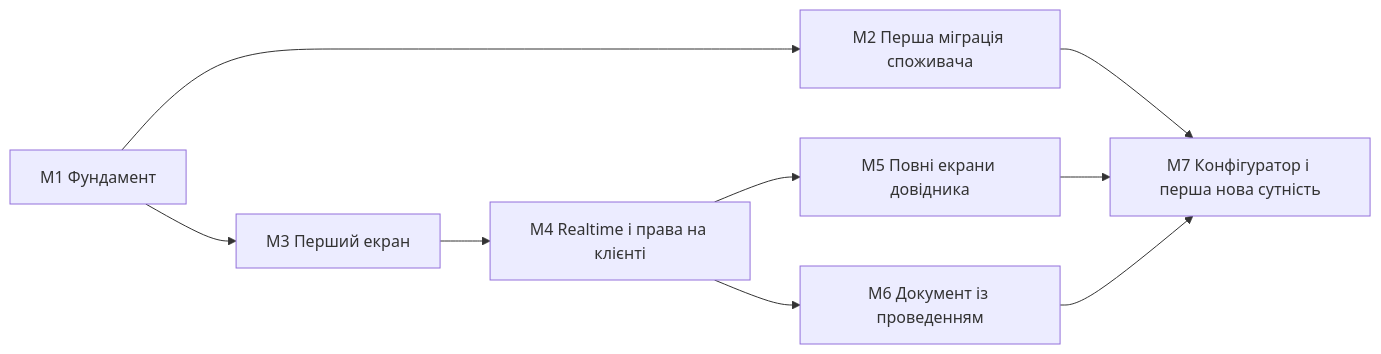
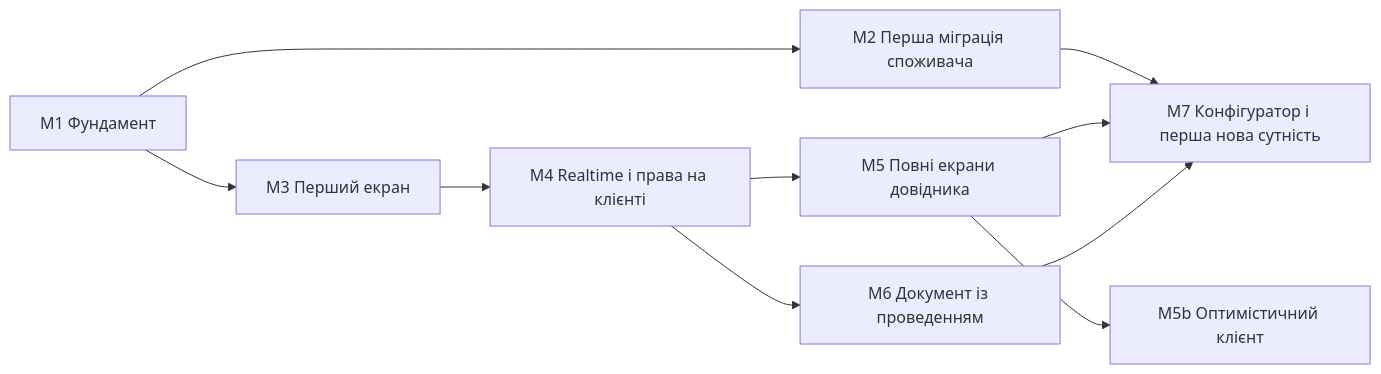
Before and after one commit to VSydorenko/Simetra: the diagram in docs/ROADMAP.md, drawn with Mermaid. The commit also changed other lines of this file, not shown here.

Commit message:
docs(roadmap): М5 поділено на М5 «Повні екрани довідника» і М5b «Оптимістичний клієнт»

````diff
--- a/docs/ROADMAP.md
+++ b/docs/ROADMAP.md
@@ -12,11 +12,12 @@
 ```mermaid
 flowchart LR
   M1[М1 Фундамент] --> M2[М2 Перша міграція споживача]
   M1 --> M3[М3 Перший екран]
   M3 --> M4[М4 Realtime і права на клієнті]
   M4 --> M5[М5 Повні екрани довідника]
+  M5 --> M5b[М5b Оптимістичний клієнт]
   M4 --> M6[М6 Документ із проведенням]
   M2 --> M7[М7 Конфігуратор і перша нова сутність]
   M5 --> M7
   M6 --> M7
 ```
````
